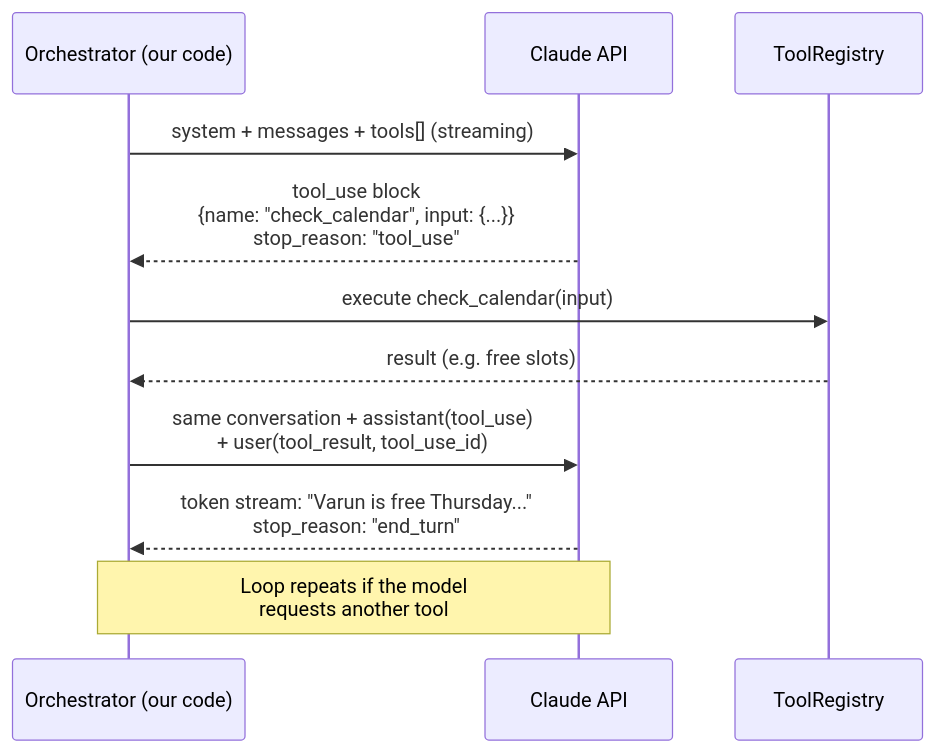
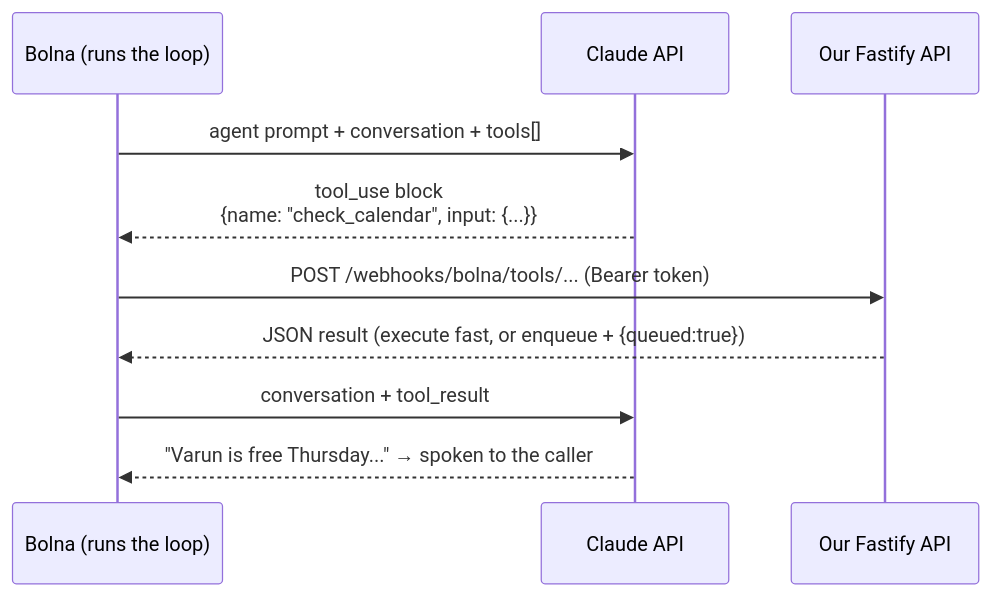
Before and after one commit to gandhi120/RecruitPilot_AI: the diagram in docs/07_CLAUDE_SETUP.md, drawn with Mermaid. The commit also changed other lines of this file and 34 other files, not shown here.

````diff
--- a/docs/07_CLAUDE_SETUP.md
+++ b/docs/07_CLAUDE_SETUP.md
@@ -71,14 +71,13 @@
 ```mermaid
 sequenceDiagram
-    participant O as Orchestrator (our code)
+    participant B as Bolna (runs the loop)
     participant L as Claude API
-    participant T as ToolRegistry
+    participant API as Our Fastify API
 
-    O->>L: system + messages + tools[] (streaming)
-    L-->>O: tool_use block<br/>{name: "check_calendar", input: {...}}<br/>stop_reason: "tool_use"
-    O->>T: execute check_calendar(input)
-    T-->>O: result (e.g. free slots)
-    O->>L: same conversation + assistant(tool_use)<br/>+ user(tool_result, tool_use_id)
-    L-->>O: token stream: "Varun is free Thursday..."<br/>stop_reason: "end_turn"
-    Note over O,L: Loop repeats if the model<br/>requests another tool
+    B->>L: agent prompt + conversation + tools[]
+    L-->>B: tool_use block<br/>{name: "check_calendar", input: {...}}
+    B->>API: POST /webhooks/bolna/tools/... (Bearer token)
+    API-->>B: JSON result (execute fast, or enqueue + {queued:true})
+    B->>L: conversation + tool_result
+    L-->>B: "Varun is free Thursday..." → spoken to the caller
 ```
````
